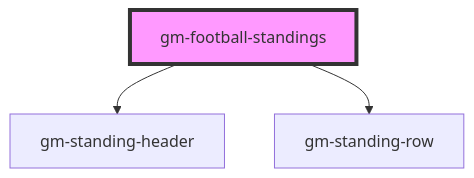
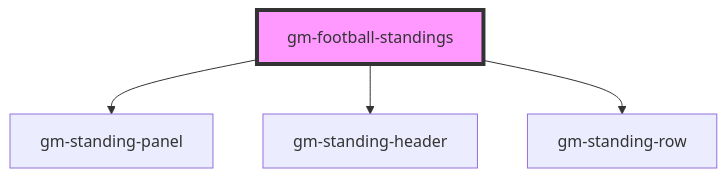
The diagram in src/components/gm-football-standings/readme.md (grandemayta/gm-football-standings), drawn with Mermaid before and after one commit. The commit also changed other lines of this file and 2 other files, not shown here.

Commit message:
update package

````diff
--- a/src/components/gm-football-standings/readme.md
+++ b/src/components/gm-football-standings/readme.md
@@ -25,6 +26,7 @@
 ```mermaid
 graph TD;
+  gm-football-standings --> gm-standing-panel
   gm-football-standings --> gm-standing-header
   gm-football-standings --> gm-standing-row
   style gm-football-standings fill:#f9f,stroke:#333,stroke-width:4px
 ```
````
